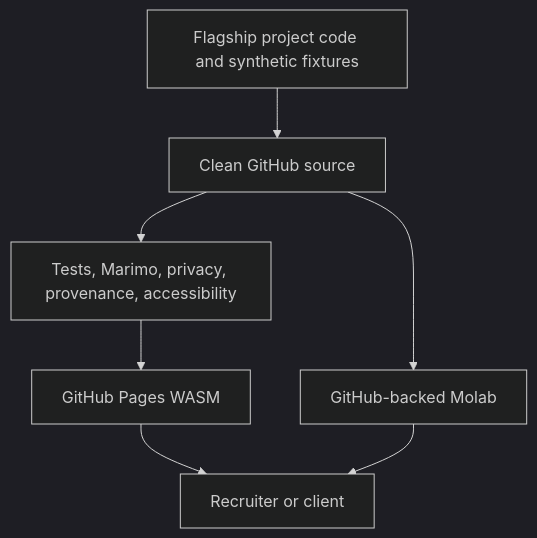
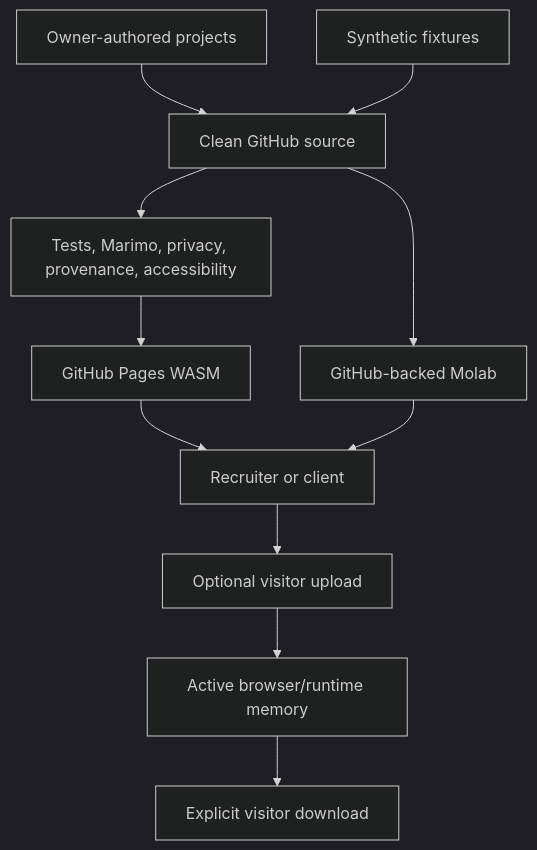
The diagram in docs/specs/public_portfolio/README.md (Saltiola7/Data-Analysis-Portfolio), drawn with Mermaid (dark theme) before and after one commit. The commit also changed other lines of this file and 14 other files, not shown here.

````diff
--- a/docs/specs/public_portfolio/README.md
+++ b/docs/specs/public_portfolio/README.md
@@ -37,16 +37,27 @@
 ```mermaid
 graph TD
+    accTitle: Clean portfolio source, validation, and browser delivery
+    accDescr: Owner-authored projects and synthetic fixtures enter clean GitHub source. CI validates source before GitHub Pages delivery. Molab reads the same source. Runtime visitor uploads remain in browser memory and are never sent to an owner backend.
+
+    AUTHOR["Owner-authored projects"]
+    FIXTURES["Synthetic fixtures"]
     SRC["Clean GitHub source"]
-    PROJECTS["Flagship project code and synthetic fixtures"]
     CI["Tests, Marimo, privacy, provenance, accessibility"]
     PAGES["GitHub Pages WASM"]
     MOLAB["GitHub-backed Molab"]
     VISITOR["Recruiter or client"]
+    UPLOAD["Optional visitor upload"]
+    MEMORY["Active browser/runtime memory"]
+    DOWNLOAD["Explicit visitor download"]
 
-    PROJECTS --> SRC
+    AUTHOR --> SRC
+    FIXTURES --> SRC
     SRC --> CI
     CI --> PAGES
     SRC --> MOLAB
     PAGES --> VISITOR
     MOLAB --> VISITOR
+    VISITOR --> UPLOAD
+    UPLOAD --> MEMORY
+    MEMORY --> DOWNLOAD
 ```
````
